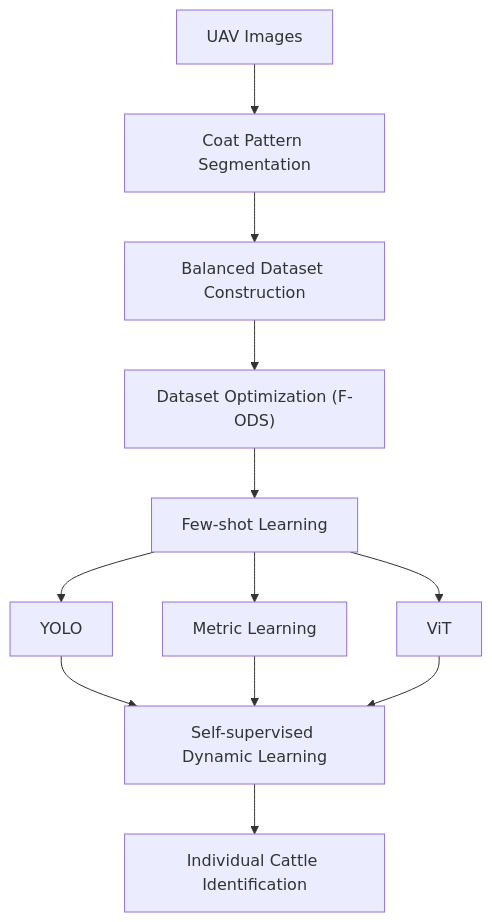
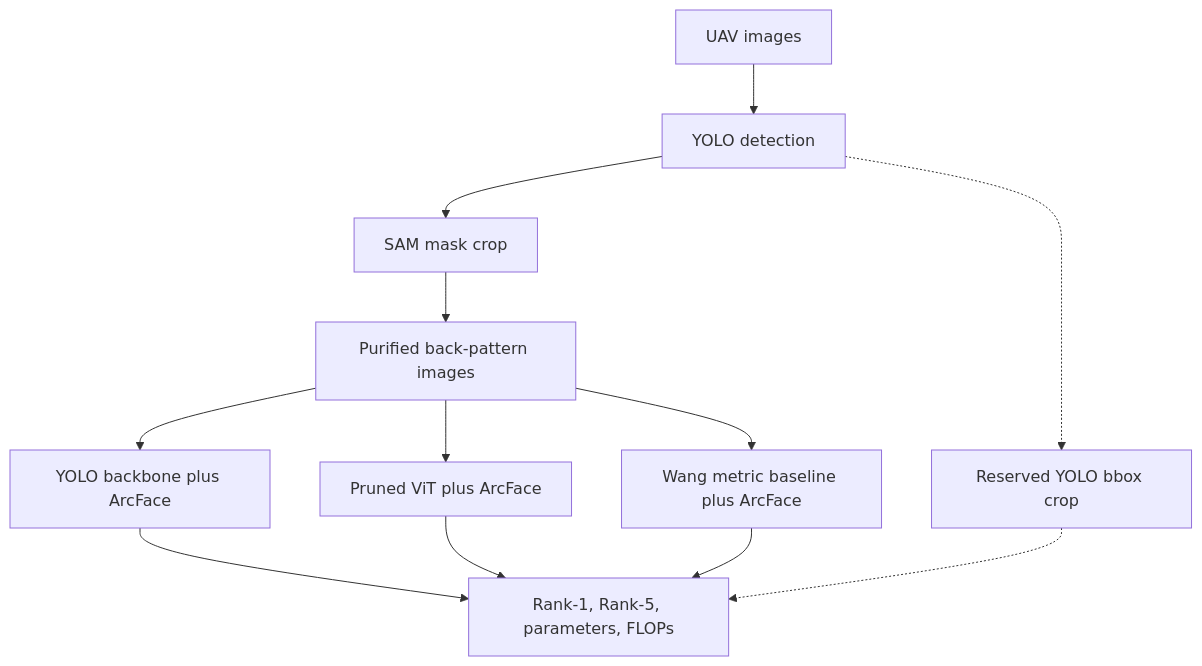
Before and after one commit to tianyi-star/2d_cattle: the diagram in README.md, drawn with Mermaid. The commit also changed other lines of this file and 27 other files, not shown here.

First line of the commit message:
Record the three-model ArcFace comparison skeleton. (#8)

````diff
--- a/README.md
+++ b/README.md
@@ -11,14 +13,14 @@
 ```mermaid
 flowchart TD
-    uav[UAV Images] --> seg[Coat Pattern Segmentation]
-    seg --> bal[Balanced Dataset Construction]
-    bal --> fods["Dataset Optimization (F-ODS)"]
-    fods --> few[Few-shot Learning]
-    few --> yolo[YOLO]
-    few --> metric[Metric Learning]
-    few --> vit[ViT]
-    yolo --> dyn[Self-supervised Dynamic Learning]
-    metric --> dyn
-    vit --> dyn
-    dyn --> ident[Individual Cattle Identification]
+    uav[UAV images] --> det[YOLO detection]
+    det --> sam[SAM mask crop]
+    sam --> pattern[Purified back-pattern images]
+    pattern --> cnn[YOLO backbone plus ArcFace]
+    pattern --> vit[Pruned ViT plus ArcFace]
+    pattern --> wang[Wang metric baseline plus ArcFace]
+    cnn --> protocol["Rank-1, Rank-5, parameters, FLOPs"]
+    vit --> protocol
+    wang --> protocol
+    det -.-> bbox[Reserved YOLO bbox crop]
+    bbox -.-> protocol
 ```
````
